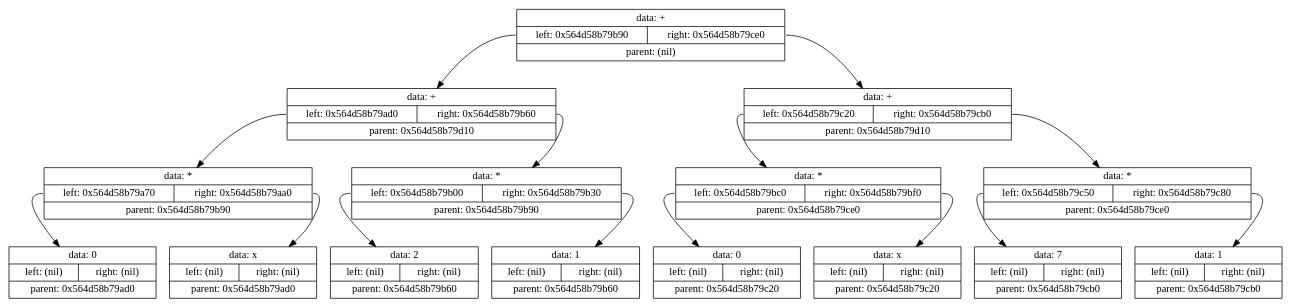
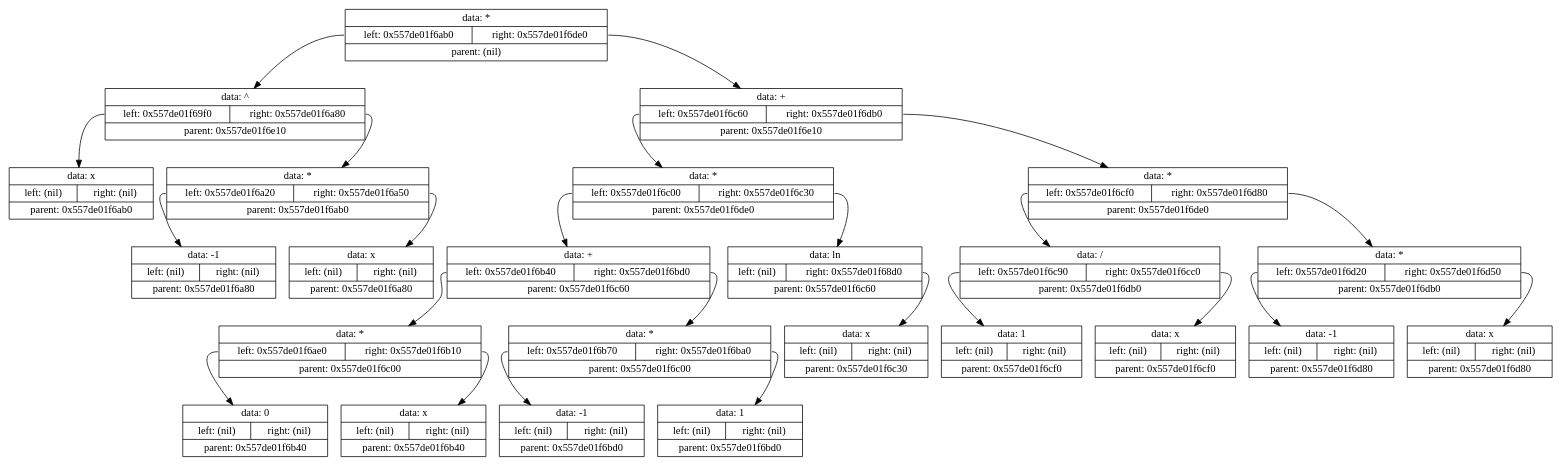
The diagram in Projects/8.Differenciator/log/tmp/tempautogeneratedlog.gv (Shishqa/MIPT_1sem_C_lang), drawn with Graphviz before and after one commit. The commit also changed 12 other files, not shown here.

```diff
--- a/Projects/8.Differenciator/log/tmp/tempautogeneratedlog.gv
+++ b/Projects/8.Differenciator/log/tmp/tempautogeneratedlog.gv
@@ -1,33 +1,51 @@
 digraph dump
 {
-	node0x564d58b79d10 [shape = "record", label = "{<f1>data: +|{<f2>left: 0x564d58b79b90|<f3>right: 0x564d58b79ce0}|<f4>parent: (nil)}"];
-	node0x564d58b79b90 [shape = "record", label = "{<f1>data: +|{<f2>left: 0x564d58b79ad0|<f3>right: 0x564d58b79b60}|<f4>parent: 0x564d58b79d10}"];
-	node0x564d58b79ad0 [shape = "record", label = "{<f1>data: *|{<f2>left: 0x564d58b79a70|<f3>right: 0x564d58b79aa0}|<f4>parent: 0x564d58b79b90}"];
-	node0x564d58b79a70 [shape = "record", label = "{<f1>data: 0|{<f2>left: (nil)|<f3>right: (nil)}|<f4>parent: 0x564d58b79ad0}"];
-	node0x564d58b79ad0:f2 -> node0x564d58b79a70
-	node0x564d58b79aa0 [shape = "record", label = "{<f1>data: x|{<f2>left: (nil)|<f3>right: (nil)}|<f4>parent: 0x564d58b79ad0}"];
-	node0x564d58b79ad0:f3 -> node0x564d58b79aa0
-	node0x564d58b79b90:f2 -> node0x564d58b79ad0
-	node0x564d58b79b60 [shape = "record", label = "{<f1>data: *|{<f2>left: 0x564d58b79b00|<f3>right: 0x564d58b79b30}|<f4>parent: 0x564d58b79b90}"];
-	node0x564d58b79b00 [shape = "record", label = "{<f1>data: 2|{<f2>left: (nil)|<f3>right: (nil)}|<f4>parent: 0x564d58b79b60}"];
-	node0x564d58b79b60:f2 -> node0x564d58b79b00
-	node0x564d58b79b30 [shape = "record", label = "{<f1>data: 1|{<f2>left: (nil)|<f3>right: (nil)}|<f4>parent: 0x564d58b79b60}"];
-	node0x564d58b79b60:f3 -> node0x564d58b79b30
-	node0x564d58b79b90:f3 -> node0x564d58b79b60
-	node0x564d58b79d10:f2 -> node0x564d58b79b90
-	node0x564d58b79ce0 [shape = "record", label = "{<f1>data: +|{<f2>left: 0x564d58b79c20|<f3>right: 0x564d58b79cb0}|<f4>parent: 0x564d58b79d10}"];
-	node0x564d58b79c20 [shape = "record", label = "{<f1>data: *|{<f2>left: 0x564d58b79bc0|<f3>right: 0x564d58b79bf0}|<f4>parent: 0x564d58b79ce0}"];
-	node0x564d58b79bc0 [shape = "record", label = "{<f1>data: 0|{<f2>left: (nil)|<f3>right: (nil)}|<f4>parent: 0x564d58b79c20}"];
-	node0x564d58b79c20:f2 -> node0x564d58b79bc0
-	node0x564d58b79bf0 [shape = "record", label = "{<f1>data: x|{<f2>left: (nil)|<f3>right: (nil)}|<f4>parent: 0x564d58b79c20}"];
-	node0x564d58b79c20:f3 -> node0x564d58b79bf0
-	node0x564d58b79ce0:f2 -> node0x564d58b79c20
-	node0x564d58b79cb0 [shape = "record", label = "{<f1>data: *|{<f2>left: 0x564d58b79c50|<f3>right: 0x564d58b79c80}|<f4>parent: 0x564d58b79ce0}"];
-	node0x564d58b79c50 [shape = "record", label = "{<f1>data: 7|{<f2>left: (nil)|<f3>right: (nil)}|<f4>parent: 0x564d58b79cb0}"];
-	node0x564d58b79cb0:f2 -> node0x564d58b79c50
-	node0x564d58b79c80 [shape = "record", label = "{<f1>data: 1|{<f2>left: (nil)|<f3>right: (nil)}|<f4>parent: 0x564d58b79cb0}"];
-	node0x564d58b79cb0:f3 -> node0x564d58b79c80
-	node0x564d58b79ce0:f3 -> node0x564d58b79cb0
-	node0x564d58b79d10:f3 -> node0x564d58b79ce0
+	node0x557de01f6e10 [shape = "record", label = "{<f1>data: *|{<f2>left: 0x557de01f6ab0|<f3>right: 0x557de01f6de0}|<f4>parent: (nil)}"];
+	node0x557de01f6ab0 [shape = "record", label = "{<f1>data: ^|{<f2>left: 0x557de01f69f0|<f3>right: 0x557de01f6a80}|<f4>parent: 0x557de01f6e10}"];
+	node0x557de01f69f0 [shape = "record", label = "{<f1>data: x|{<f2>left: (nil)|<f3>right: (nil)}|<f4>parent: 0x557de01f6ab0}"];
+	node0x557de01f6ab0:f2 -> node0x557de01f69f0
+	node0x557de01f6a80 [shape = "record", label = "{<f1>data: *|{<f2>left: 0x557de01f6a20|<f3>right: 0x557de01f6a50}|<f4>parent: 0x557de01f6ab0}"];
+	node0x557de01f6a20 [shape = "record", label = "{<f1>data: -1|{<f2>left: (nil)|<f3>right: (nil)}|<f4>parent: 0x557de01f6a80}"];
+	node0x557de01f6a80:f2 -> node0x557de01f6a20
+	node0x557de01f6a50 [shape = "record", label = "{<f1>data: x|{<f2>left: (nil)|<f3>right: (nil)}|<f4>parent: 0x557de01f6a80}"];
+	node0x557de01f6a80:f3 -> node0x557de01f6a50
+	node0x557de01f6ab0:f3 -> node0x557de01f6a80
+	node0x557de01f6e10:f2 -> node0x557de01f6ab0
+	node0x557de01f6de0 [shape = "record", label = "{<f1>data: +|{<f2>left: 0x557de01f6c60|<f3>right: 0x557de01f6db0}|<f4>parent: 0x557de01f6e10}"];
+	node0x557de01f6c60 [shape = "record", label = "{<f1>data: *|{<f2>left: 0x557de01f6c00|<f3>right: 0x557de01f6c30}|<f4>parent: 0x557de01f6de0}"];
+	node0x557de01f6c00 [shape = "record", label = "{<f1>data: +|{<f2>left: 0x557de01f6b40|<f3>right: 0x557de01f6bd0}|<f4>parent: 0x557de01f6c60}"];
+	node0x557de01f6b40 [shape = "record", label = "{<f1>data: *|{<f2>left: 0x557de01f6ae0|<f3>right: 0x557de01f6b10}|<f4>parent: 0x557de01f6c00}"];
+	node0x557de01f6ae0 [shape = "record", label = "{<f1>data: 0|{<f2>left: (nil)|<f3>right: (nil)}|<f4>parent: 0x557de01f6b40}"];
+	node0x557de01f6b40:f2 -> node0x557de01f6ae0
+	node0x557de01f6b10 [shape = "record", label = "{<f1>data: x|{<f2>left: (nil)|<f3>right: (nil)}|<f4>parent: 0x557de01f6b40}"];
+	node0x557de01f6b40:f3 -> node0x557de01f6b10
+	node0x557de01f6c00:f2 -> node0x557de01f6b40
+	node0x557de01f6bd0 [shape = "record", label = "{<f1>data: *|{<f2>left: 0x557de01f6b70|<f3>right: 0x557de01f6ba0}|<f4>parent: 0x557de01f6c00}"];
+	node0x557de01f6b70 [shape = "record", label = "{<f1>data: -1|{<f2>left: (nil)|<f3>right: (nil)}|<f4>parent: 0x557de01f6bd0}"];
+	node0x557de01f6bd0:f2 -> node0x557de01f6b70
+	node0x557de01f6ba0 [shape = "record", label = "{<f1>data: 1|{<f2>left: (nil)|<f3>right: (nil)}|<f4>parent: 0x557de01f6bd0}"];
+	node0x557de01f6bd0:f3 -> node0x557de01f6ba0
+	node0x557de01f6c00:f3 -> node0x557de01f6bd0
+	node0x557de01f6c60:f2 -> node0x557de01f6c00
+	node0x557de01f6c30 [shape = "record", label = "{<f1>data: ln|{<f2>left: (nil)|<f3>right: 0x557de01f68d0}|<f4>parent: 0x557de01f6c60}"];
+	node0x557de01f68d0 [shape = "record", label = "{<f1>data: x|{<f2>left: (nil)|<f3>right: (nil)}|<f4>parent: 0x557de01f6c30}"];
+	node0x557de01f6c30:f3 -> node0x557de01f68d0
+	node0x557de01f6c60:f3 -> node0x557de01f6c30
+	node0x557de01f6de0:f2 -> node0x557de01f6c60
+	node0x557de01f6db0 [shape = "record", label = "{<f1>data: *|{<f2>left: 0x557de01f6cf0|<f3>right: 0x557de01f6d80}|<f4>parent: 0x557de01f6de0}"];
+	node0x557de01f6cf0 [shape = "record", label = "{<f1>data: /|{<f2>left: 0x557de01f6c90|<f3>right: 0x557de01f6cc0}|<f4>parent: 0x557de01f6db0}"];
+	node0x557de01f6c90 [shape = "record", label = "{<f1>data: 1|{<f2>left: (nil)|<f3>right: (nil)}|<f4>parent: 0x557de01f6cf0}"];
+	node0x557de01f6cf0:f2 -> node0x557de01f6c90
+	node0x557de01f6cc0 [shape = "record", label = "{<f1>data: x|{<f2>left: (nil)|<f3>right: (nil)}|<f4>parent: 0x557de01f6cf0}"];
+	node0x557de01f6cf0:f3 -> node0x557de01f6cc0
+	node0x557de01f6db0:f2 -> node0x557de01f6cf0
+	node0x557de01f6d80 [shape = "record", label = "{<f1>data: *|{<f2>left: 0x557de01f6d20|<f3>right: 0x557de01f6d50}|<f4>parent: 0x557de01f6db0}"];
+	node0x557de01f6d20 [shape = "record", label = "{<f1>data: -1|{<f2>left: (nil)|<f3>right: (nil)}|<f4>parent: 0x557de01f6d80}"];
+	node0x557de01f6d80:f2 -> node0x557de01f6d20
+	node0x557de01f6d50 [shape = "record", label = "{<f1>data: x|{<f2>left: (nil)|<f3>right: (nil)}|<f4>parent: 0x557de01f6d80}"];
+	node0x557de01f6d80:f3 -> node0x557de01f6d50
+	node0x557de01f6db0:f3 -> node0x557de01f6d80
+	node0x557de01f6de0:f3 -> node0x557de01f6db0
+	node0x557de01f6e10:f3 -> node0x557de01f6de0
 
 }
```
